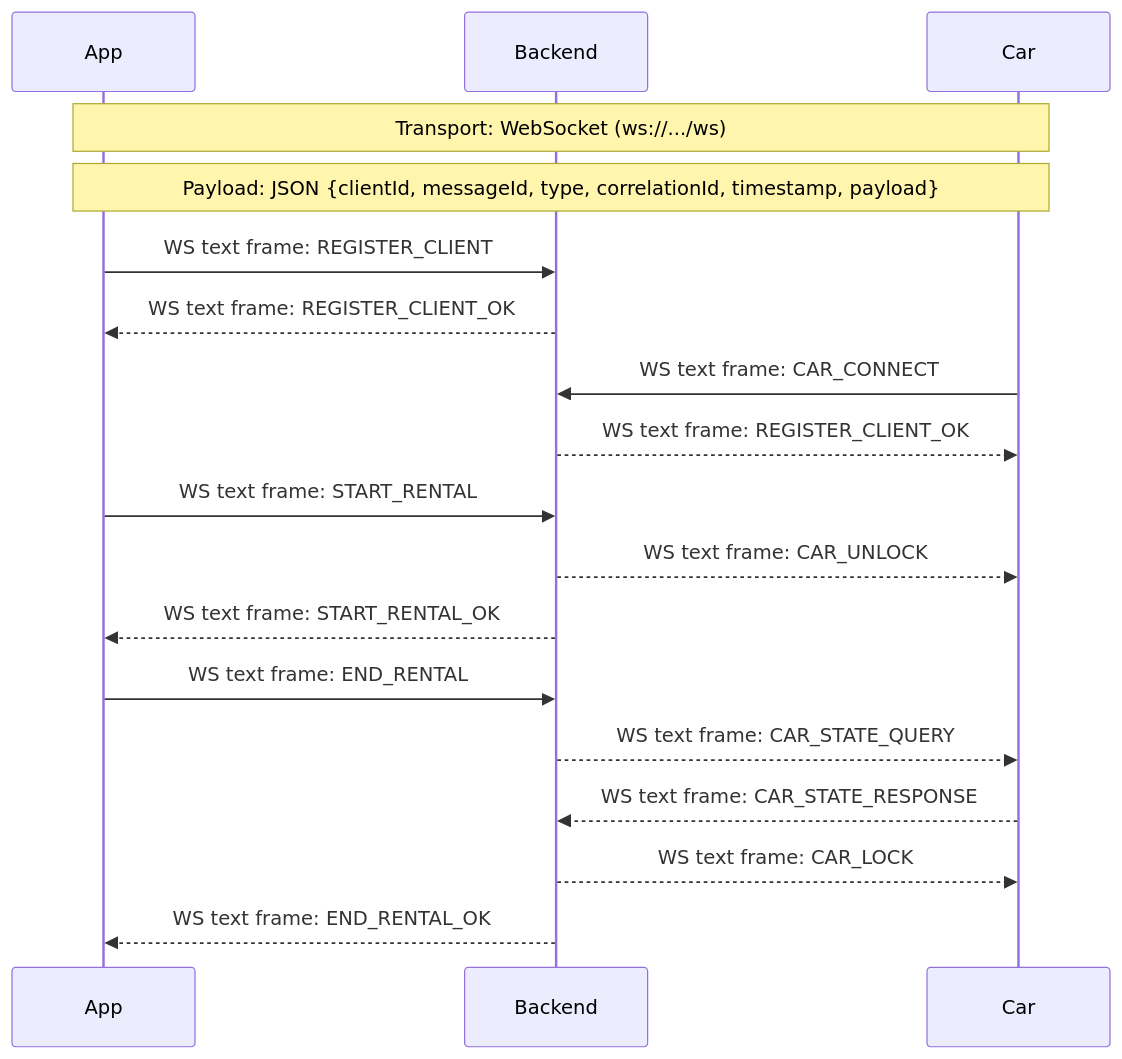
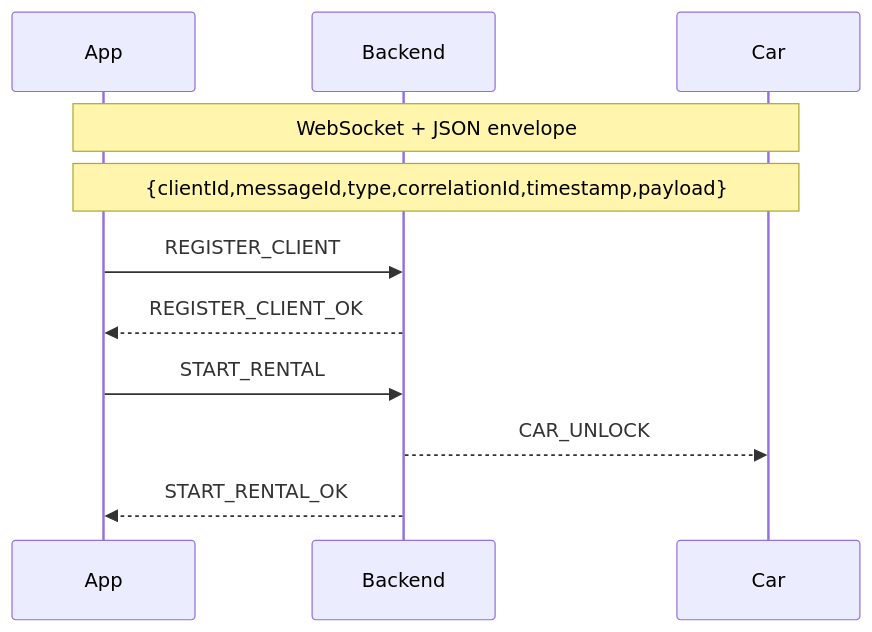
The diagram in lab1/uml/sequence-overview.md (andrei-mrd/ISSA_LABS), drawn with Mermaid before and after one commit.

````diff
--- a/lab1/uml/sequence-overview.md
+++ b/lab1/uml/sequence-overview.md
@@ -3,25 +3,16 @@
 ```mermaid
 sequenceDiagram
   participant App
   participant Backend
   participant Car
 
-  Note over App,Car: Transport: WebSocket (ws://.../ws)
-  Note over App,Car: Payload: JSON {clientId, messageId, type, correlationId, timestamp, payload}
+  Note over App,Car: WebSocket + JSON envelope
+  Note over App,Car: {clientId,messageId,type,correlationId,timestamp,payload}
 
-  App->>Backend: WS text frame: REGISTER_CLIENT
-  Backend-->>App: WS text frame: REGISTER_CLIENT_OK
+  App->>Backend: REGISTER_CLIENT
+  Backend-->>App: REGISTER_CLIENT_OK
 
-  Car->>Backend: WS text frame: CAR_CONNECT
-  Backend-->>Car: WS text frame: REGISTER_CLIENT_OK
-
-  App->>Backend: WS text frame: START_RENTAL
-  Backend-->>Car: WS text frame: CAR_UNLOCK
-  Backend-->>App: WS text frame: START_RENTAL_OK
-
-  App->>Backend: WS text frame: END_RENTAL
-  Backend-->>Car: WS text frame: CAR_STATE_QUERY
-  Car-->>Backend: WS text frame: CAR_STATE_RESPONSE
-  Backend-->>Car: WS text frame: CAR_LOCK
-  Backend-->>App: WS text frame: END_RENTAL_OK
+  App->>Backend: START_RENTAL
+  Backend-->>Car: CAR_UNLOCK
+  Backend-->>App: START_RENTAL_OK
 ```
````
